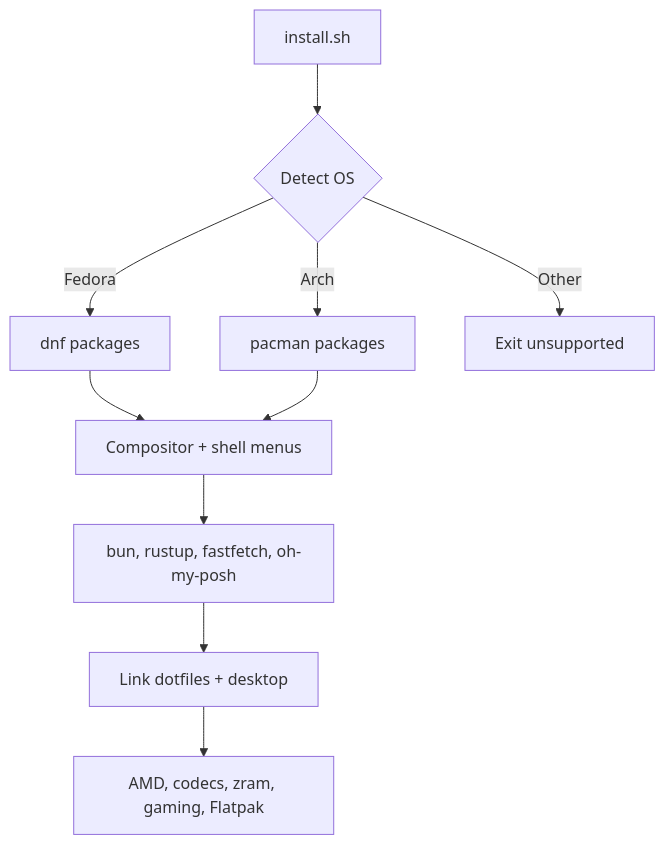
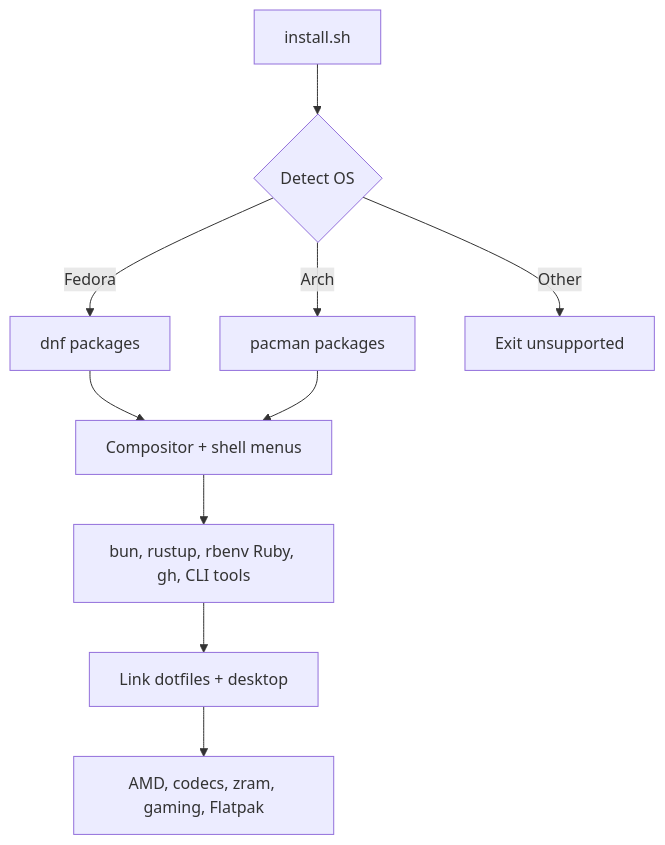
Before and after one commit to kmfd14/myeow-linux-config: the diagram in README.md, drawn with Mermaid. The commit also changed other lines of this file, not shown here.

Commit message:
docs: document GitHub CLI Ruby and CLI search tools

````diff
--- a/README.md
+++ b/README.md
@@ -66,12 +69,12 @@
 ```mermaid
 flowchart TD
   start["install.sh"] --> os{"Detect OS"}
   os -->|Fedora| fedora["dnf packages"]
   os -->|Arch| arch["pacman packages"]
   os -->|Other| fail["Exit unsupported"]
   fedora --> menu["Compositor + shell menus"]
   arch --> menu
-  menu --> tools["bun, rustup, fastfetch, oh-my-posh"]
+  menu --> tools["bun, rustup, rbenv Ruby, gh, CLI tools"]
   tools --> links["Link dotfiles + desktop"]
   links --> extras["AMD, codecs, zram, gaming, Flatpak"]
 ```
````
